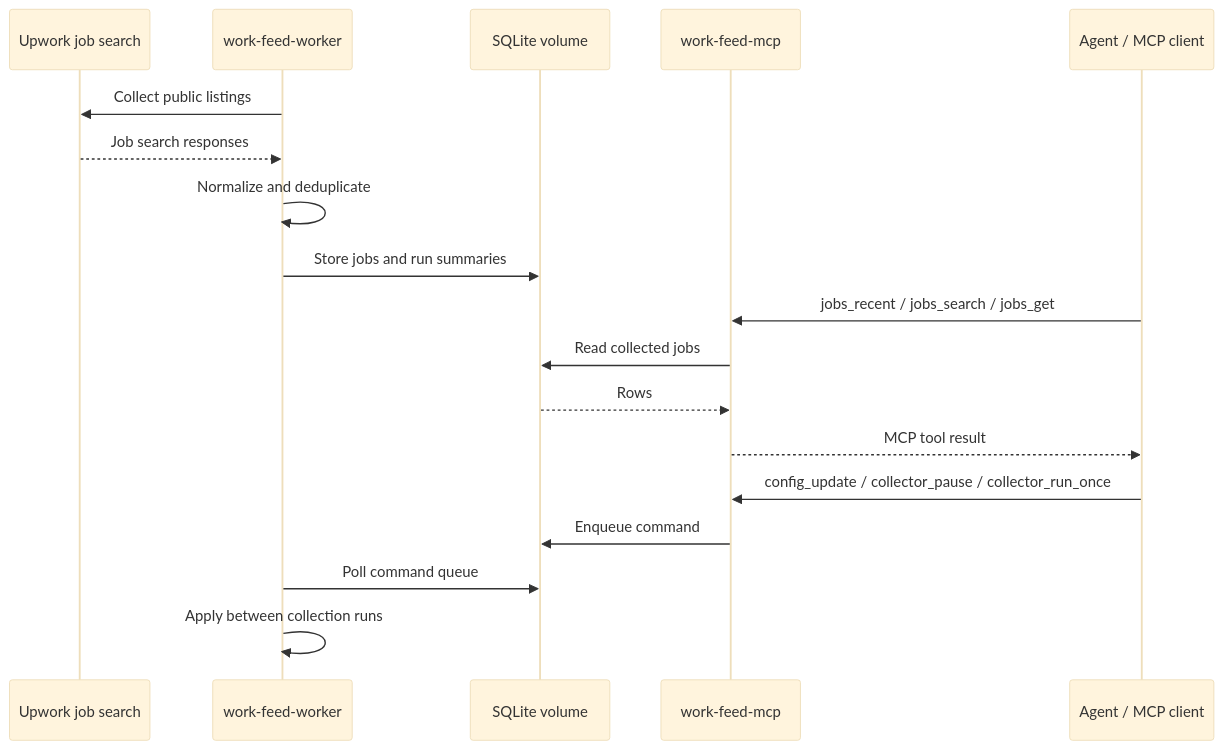
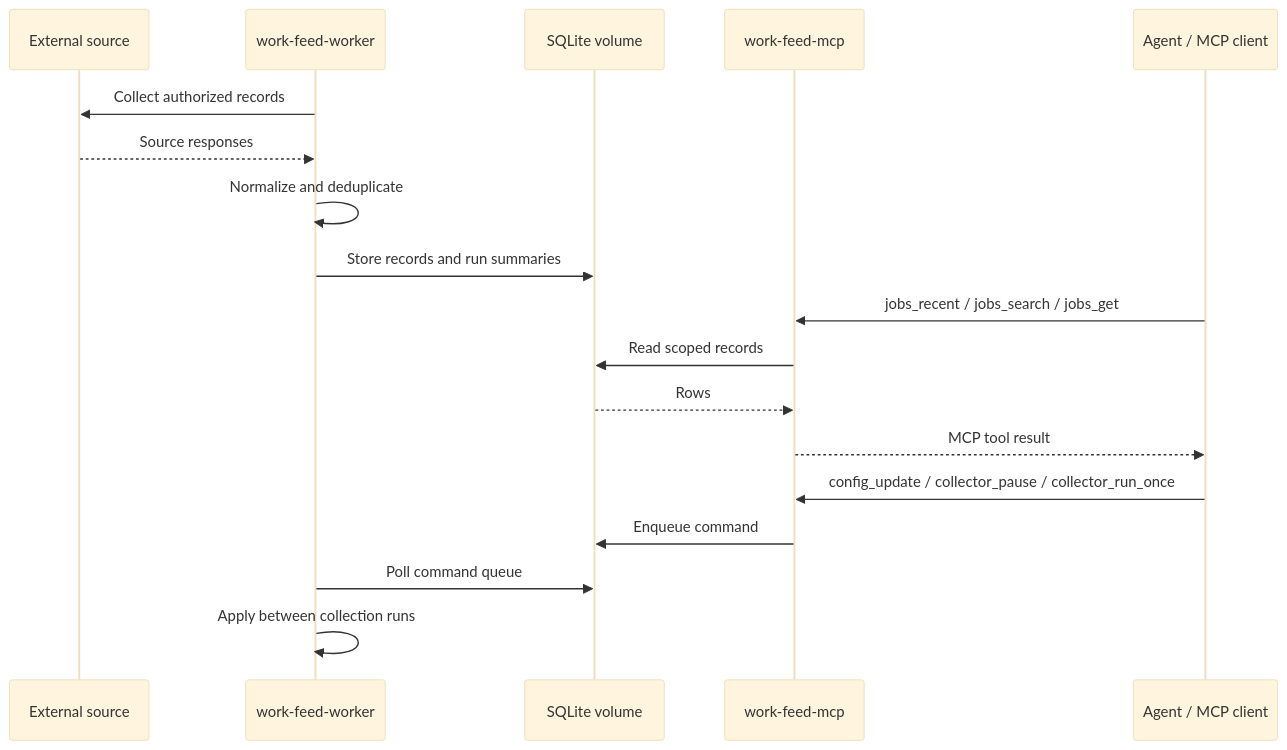
Before and after one commit to jaeyeopme/work-feed-mcp: the diagram in README.md, drawn with Mermaid (base theme). The commit also changed other lines of this file and 1 other file, not shown here.

Commit message:
Reframe work-feed-mcp as data ingestion engine

````diff
--- a/README.md
+++ b/README.md
@@ -13,23 +15,23 @@
 ```mermaid
 sequenceDiagram
-    participant U as Upwork job search
+    participant S as External source
     participant W as work-feed-worker
     participant DB as SQLite volume
     participant M as work-feed-mcp
     participant A as Agent / MCP client
 
-    W->>U: Collect public listings
-    U-->>W: Job search responses
+    W->>S: Collect authorized records
+    S-->>W: Source responses
     W->>W: Normalize and deduplicate
-    W->>DB: Store jobs and run summaries
+    W->>DB: Store records and run summaries
 
     A->>M: jobs_recent / jobs_search / jobs_get
-    M->>DB: Read collected jobs
+    M->>DB: Read scoped records
     DB-->>M: Rows
     M-->>A: MCP tool result
 
     A->>M: config_update / collector_pause / collector_run_once
     M->>DB: Enqueue command
     W->>DB: Poll command queue
     W->>W: Apply between collection runs
 ```
````
